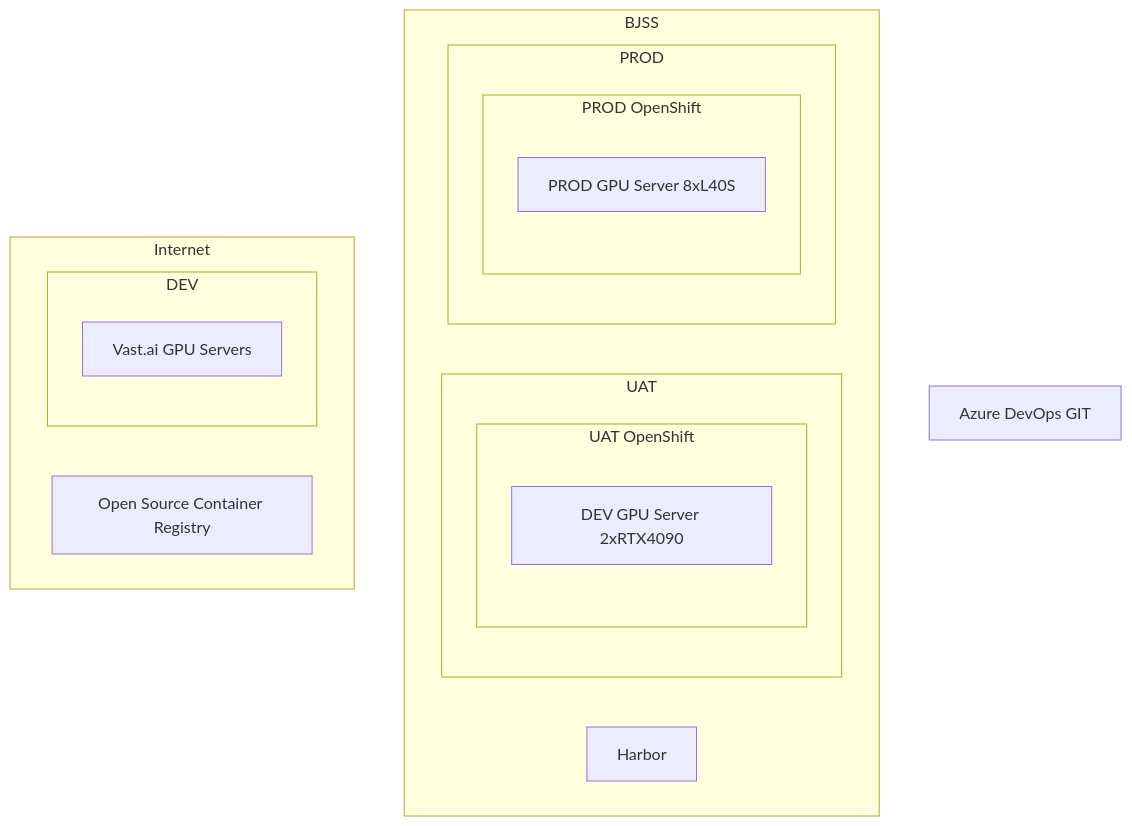
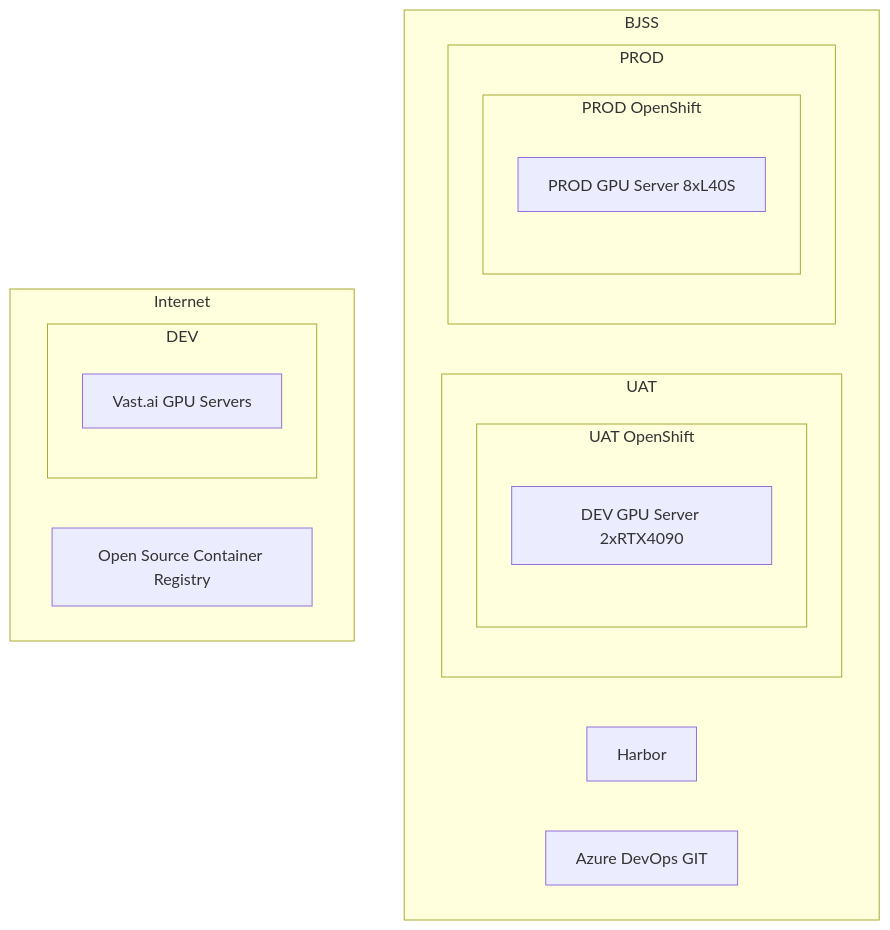
The second of 2 diagrams in README.md (tim-roethig/ai-platform), drawn with Mermaid before and after one commit.

````diff
--- a/README.md
+++ b/README.md
@@ -63,37 +63,38 @@
 ```mermaid
 graph TD
     A[Open Source Container Registry]
     B[Vast.ai GPU Servers]
     C[Harbor]
     D[Azure DevOps GIT]
     E[DEV GPU Server 2xRTX4090]
     F[PROD GPU Server 8xL40S]
 
     subgraph UAT_OC[UAT OpenShift]
         E
     end
     subgraph PROD_OC[PROD OpenShift]
         F
     end
 
     subgraph DEV[DEV]
         B
     end
     subgraph UAT[UAT]
         UAT_OC
     end
     subgraph PROD[PROD]
         PROD_OC
     end
 
     subgraph BJSS[BJSS]
         C
+        D
         UAT
         PROD
     end
 
     subgraph Internet[Internet]
         A
         DEV
     end
 ```
````
